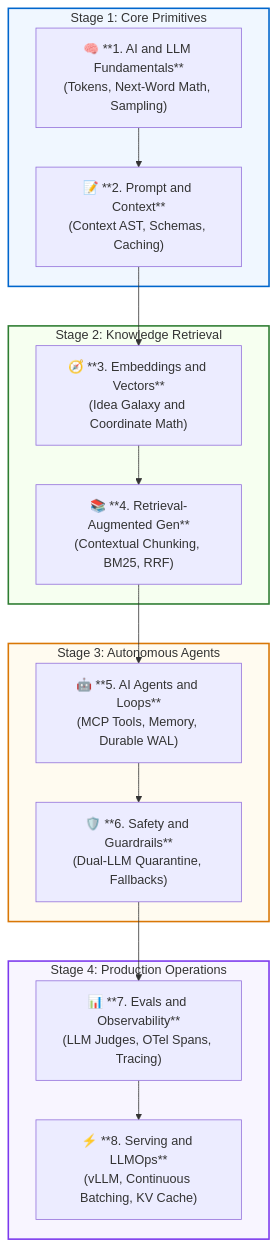
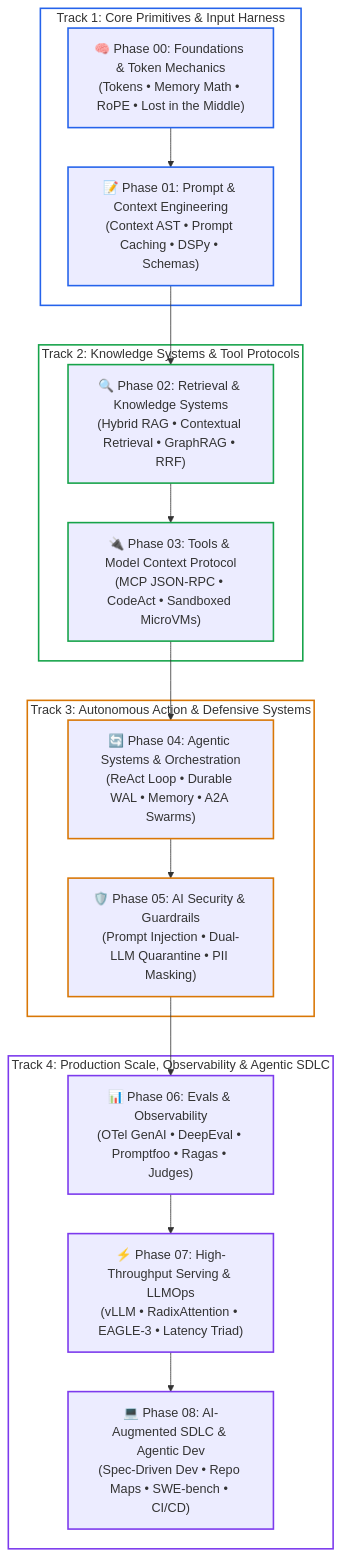
Before and after one commit to dip4k/senior-engineer-to-ai-engineer-roadmap: the diagram in AI_ENGINEER_ROADMAP.md, drawn with Mermaid. The commit also changed other lines of this file and 49 other files, not shown here.

First line of the commit message:
feat(curriculum): complete 2026 refactoring across roadmaps, use-cases, labs, and agent-forge

````diff
--- a/AI_ENGINEER_ROADMAP.md
+++ b/AI_ENGINEER_ROADMAP.md
@@ -55,27 +83,46 @@
 ```mermaid
 flowchart TD
-    subgraph Track1["Stage 1: Core Primitives"]
-        C1["🧠 **1. AI and LLM Fundamentals**<br>(Tokens, Next-Word Math, Sampling)"] --> C2["📝 **2. Prompt and Context**<br>(Context AST, Schemas, Caching)"]
+    subgraph Track1["Track 1: Core Primitives & Input Harness"]
+        P00["🧠 Phase 00: Foundations & Token Mechanics<br>(Tokens • Memory Math • RoPE • Lost in the Middle)"]
+        P01["📝 Phase 01: Prompt & Context Engineering<br>(Context AST • Prompt Caching • DSPy • Schemas)"]
+        P00 --> P01
     end
 
-    subgraph Track2["Stage 2: Knowledge Retrieval"]
-        C3["🧭 **3. Embeddings and Vectors**<br>(Idea Galaxy and Coordinate Math)"] --> C4["📚 **4. Retrieval-Augmented Gen**<br>(Contextual Chunking, BM25, RRF)"]
+    subgraph Track2["Track 2: Knowledge Systems & Tool Protocols"]
+        P02["🔍 Phase 02: Retrieval & Knowledge Systems<br>(Hybrid RAG • Contextual Retrieval • GraphRAG • RRF)"]
+        P03["🔌 Phase 03: Tools & Model Context Protocol<br>(MCP JSON-RPC • CodeAct • Sandboxed MicroVMs)"]
+        P02 --> P03
     end
 
-    subgraph Track3["Stage 3: Autonomous Agents"]
-        C5["🤖 **5. AI Agents and Loops**<br>(MCP Tools, Memory, Durable WAL)"] --> C6["🛡️ **6. Safety and Guardrails**<br>(Dual-LLM Quarantine, Fallbacks)"]
+    subgraph Track3["Track 3: Autonomous Action & Defensive Systems"]
+        P04["🔄 Phase 04: Agentic Systems & Orchestration<br>(ReAct Loop • Durable WAL • Memory • A2A Swarms)"]
+        P05["🛡️ Phase 05: AI Security & Guardrails<br>(Prompt Injection • Dual-LLM Quarantine • PII Masking)"]
+        P04 --> P05
     end
 
-    subgraph Track4["Stage 4: Production Operations"]
-        C7["📊 **7. Evals and Observability**<br>(LLM Judges, OTel Spans, Tracing)"] --> C8["⚡ **8. Serving and LLMOps**<br>(vLLM, Continuous Batching, KV Cache)"]
+    subgraph Track4["Track 4: Production Scale, Observability & Agentic SDLC"]
+        P06["📊 Phase 06: Evals & Observability<br>(OTel GenAI • DeepEval • Promptfoo • Ragas • Judges)"]
+        P07["⚡ Phase 07: High-Throughput Serving & LLMOps<br>(vLLM • RadixAttention • EAGLE-3 • Latency Triad)"]
+        P08["💻 Phase 08: AI-Augmented SDLC & Agentic Dev<br>(Spec-Driven Dev • Repo Maps • SWE-bench • CI/CD)"]
+        P06 --> P07 --> P08
     end
 
-    C2 --> C3
-    C4 --> C5
-    C6 --> C7
+    P01 --> P02
+    P03 --> P04
+    P05 --> P06
 
-    style Track1 fill:#f0f7ff,stroke:#0066cc,stroke-width:2px
-    style Track2 fill:#f6fff0,stroke:#2e7d32,stroke-width:2px
-    style Track3 fill:#fffbf0,stroke:#d97706,stroke-width:2px
-    style Track4 fill:#f8f5ff,stroke:#7c3aed,stroke-width:2px
+    style Track1 fill:none,stroke:#2563eb,stroke-width:2px
+    style Track2 fill:none,stroke:#16a34a,stroke-width:2px
+    style Track3 fill:none,stroke:#d97706,stroke-width:2px
+    style Track4 fill:none,stroke:#7c3aed,stroke-width:2px
+
+    style P00 stroke:#2563eb,stroke-width:2px
+    style P01 stroke:#2563eb,stroke-width:2px
+    style P02 stroke:#16a34a,stroke-width:2px
+    style P03 stroke:#16a34a,stroke-width:2px
+    style P04 stroke:#d97706,stroke-width:2px
+    style P05 stroke:#d97706,stroke-width:2px
+    style P06 stroke:#7c3aed,stroke-width:2px
+    style P07 stroke:#7c3aed,stroke-width:2px
+    style P08 stroke:#7c3aed,stroke-width:2px
 ```
````
